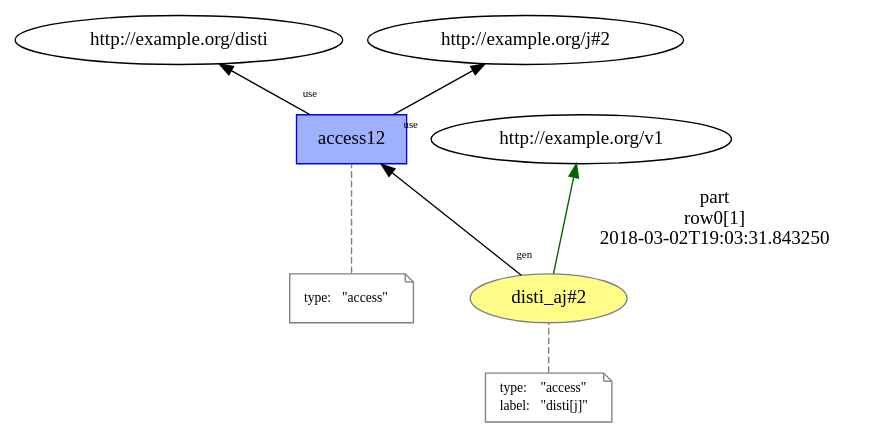
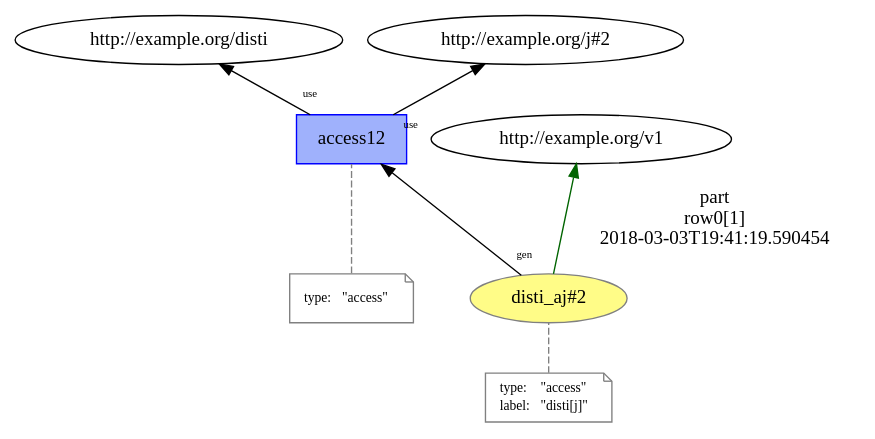
Before and after one commit to dew-uff/versioned-prov: the diagram in mutable_prov/temp/L15__access_2.dot, drawn with Graphviz. The commit also changed 1451 other files, not shown here.

```diff
--- a/mutable_prov/temp/L15__access_2.dot
+++ b/mutable_prov/temp/L15__access_2.dot
@@ -1,28 +1,28 @@
 digraph "PROV" { size="16,12"; rankdir="BT";
 "http://example.org/disti_aj#2" [fillcolor="#FFFC87",color="#808080",style="filled",label="disti_aj#2",URL="http://example.org/disti_aj#2"]
 "-attrs0" [color="gray",shape="note",fontsize="10",fontcolor="black",label=<<TABLE cellpadding="0" border="0">
 	<TR>
 	    <TD align="left">type:</TD>
 	    <TD align="left">&quot;access&quot;</TD>
 	</TR>
 	<TR>
 	    <TD align="left">label:</TD>
 	    <TD align="left">&quot;disti[j]&quot;</TD>
 	</TR>
 </TABLE>>]
 "-attrs0" -> "http://example.org/disti_aj#2" [color="gray",style="dashed",arrowhead="none"]
 "http://example.org/disti_aj#2" -> "http://example.org/v1" [labelfontsize="8",labeldistance="1.5",color="darkgreen",labelangle="60.0",rotation="20",label="part
 row0[1]
-2018-03-02T19:03:31.843250"]
+2018-03-03T19:41:19.590454"]
 "http://example.org/access12" [fillcolor="#9FB1FC",color="#0000FF",shape="polygon",sides="4",style="filled",label="access12",URL="http://example.org/access12"]
 "-attrs1" [color="gray",shape="note",fontsize="10",fontcolor="black",label=<<TABLE cellpadding="0" border="0">
 	<TR>
 	    <TD align="left">type:</TD>
 	    <TD align="left">&quot;access&quot;</TD>
 	</TR>
 </TABLE>>]
 "-attrs1" -> "http://example.org/access12" [color="gray",style="dashed",arrowhead="none"]
 "http://example.org/access12" -> "http://example.org/disti" [labelfontsize="8",labeldistance="1.5",labelangle="60.0",rotation="20",taillabel="use"]
 "http://example.org/access12" -> "http://example.org/j#2" [labelfontsize="8",labeldistance="1.5",labelangle="60.0",rotation="20",taillabel="use"]
 "http://example.org/disti_aj#2" -> "http://example.org/access12" [labelfontsize="8",labeldistance="1.5",labelangle="60.0",rotation="20",taillabel="gen"]
 }
```
